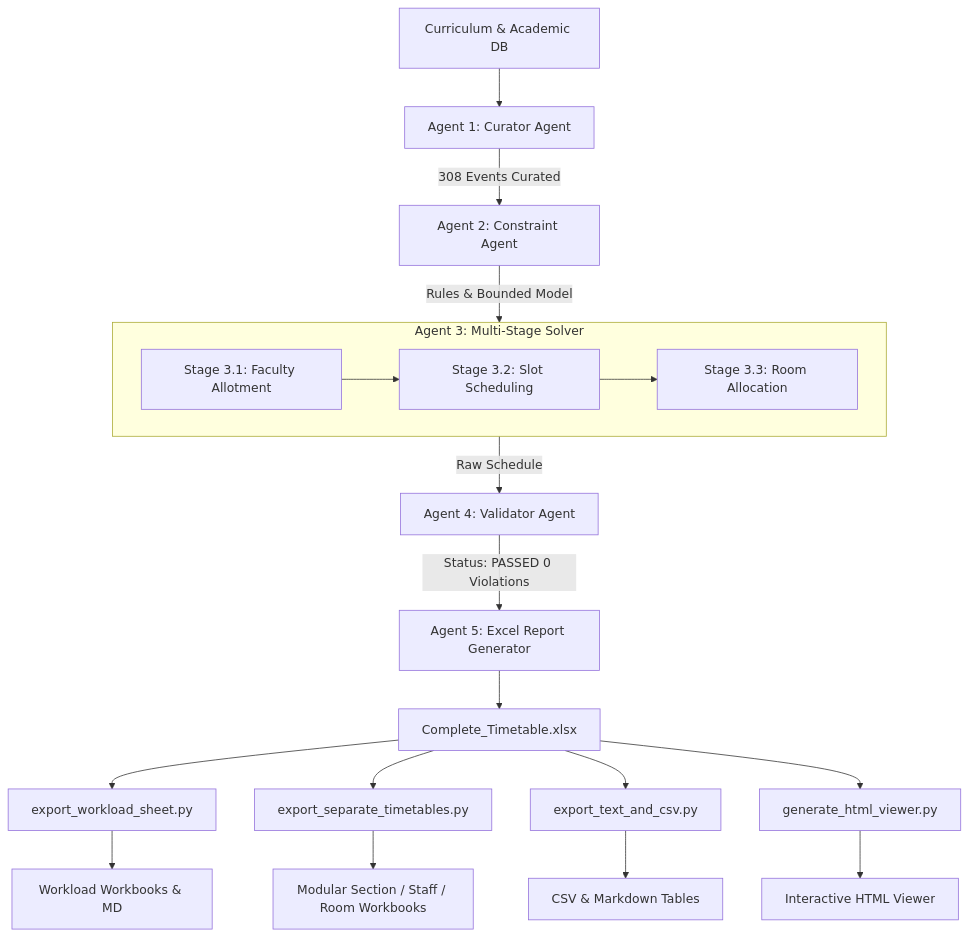
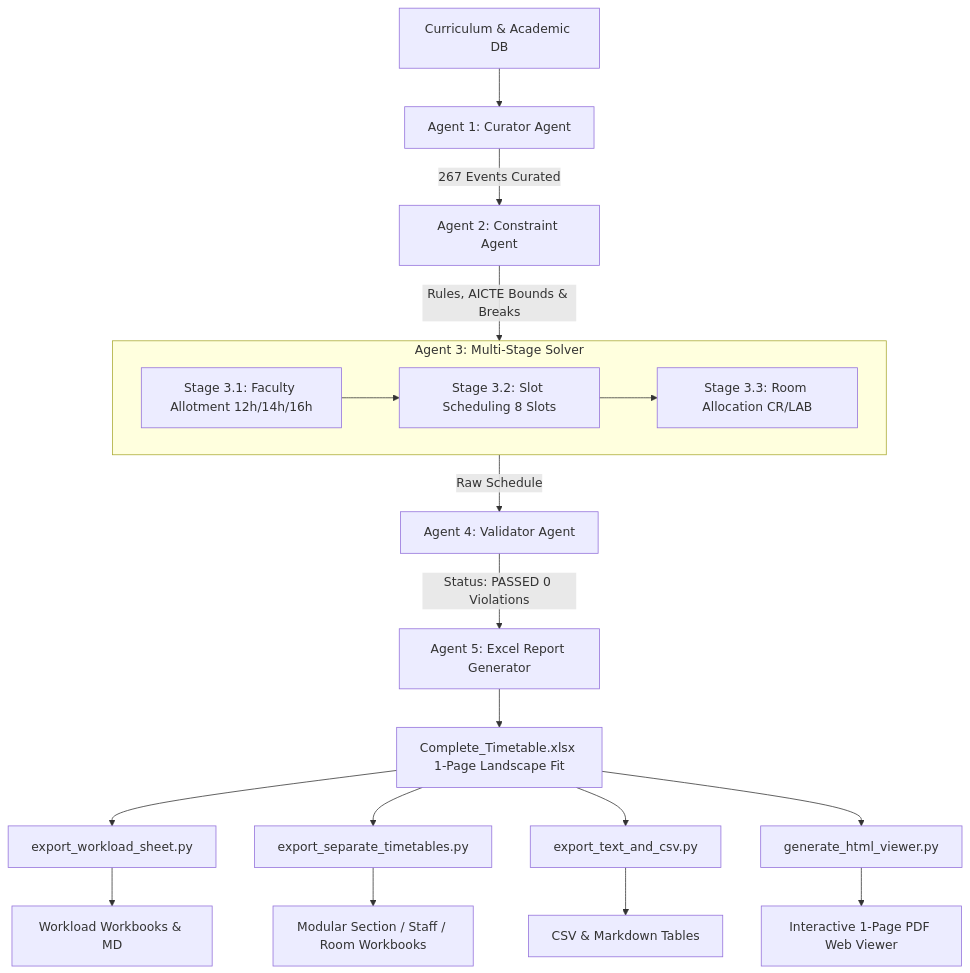
The diagram in README.md (amithbhoomkar/college-timetable-generator), drawn with Mermaid before and after one commit. The commit also changed other lines of this file and 88 other files, not shown here.

Commit message:
feat: update timetable generator with AICTE workload calibration, interactive viewer enhancements, and complete export suite

````diff
--- a/README.md
+++ b/README.md
@@ -123,25 +134,25 @@
 ```mermaid
 flowchart TD
     A[Curriculum & Academic DB] --> B[Agent 1: Curator Agent]
-    B -->|308 Events Curated| C[Agent 2: Constraint Agent]
-    C -->|Rules & Bounded Model| D[Agent 3: Solver Agent CP-SAT]
+    B -->|267 Events Curated| C[Agent 2: Constraint Agent]
+    C -->|Rules, AICTE Bounds & Breaks| D[Agent 3: Solver Agent CP-SAT]
     
     subgraph D [Agent 3: Multi-Stage Solver]
-        D1[Stage 3.1: Faculty Allotment] --> D2[Stage 3.2: Slot Scheduling]
-        D2 --> D3[Stage 3.3: Room Allocation]
+        D1[Stage 3.1: Faculty Allotment 12h/14h/16h] --> D2[Stage 3.2: Slot Scheduling 8 Slots]
+        D2 --> D3[Stage 3.3: Room Allocation CR/LAB]
     end
     
     D -->|Raw Schedule| E[Agent 4: Validator Agent]
     E -->|Status: PASSED 0 Violations| F[Agent 5: Excel Report Generator]
-    F --> G[Complete_Timetable.xlsx]
+    F --> G[Complete_Timetable.xlsx 1-Page Landscape Fit]
     
     G --> H[export_workload_sheet.py]
     G --> I[export_separate_timetables.py]
     G --> J[export_text_and_csv.py]
     G --> K[generate_html_viewer.py]
     
     H --> L[Workload Workbooks & MD]
     I --> M[Modular Section / Staff / Room Workbooks]
     J --> N[CSV & Markdown Tables]
-    K --> O[Interactive HTML Viewer]
+    K --> O[Interactive 1-Page PDF Web Viewer]
 ```
````
